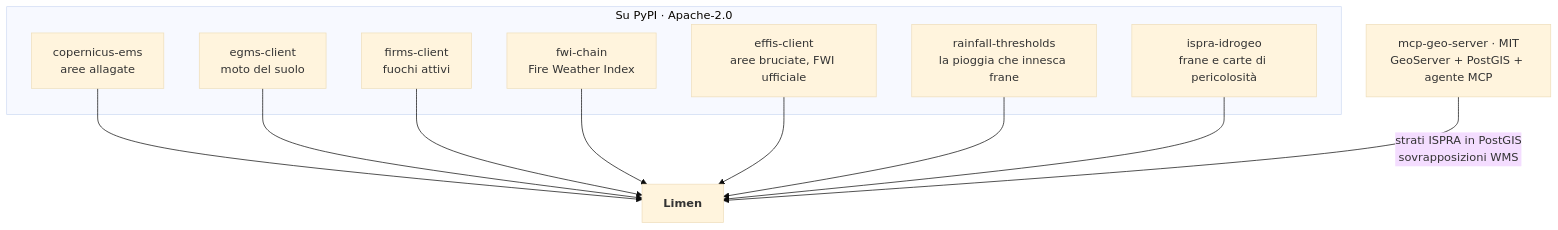
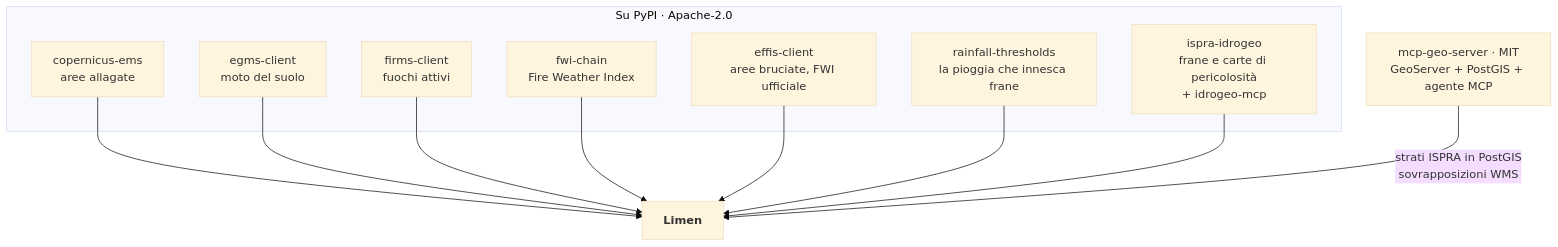
The fourth of 5 diagrams in README.it.md (agent-engineering-studio/limen), drawn with Mermaid (base theme) before and after one commit. The commit also changed other lines of this file and 7 other files, not shown here.

First line of the commit message:
docs(wiki): guida e integrazioni allineate al codice, ispra-idrogeo 0.5 nel README

````diff
--- a/README.it.md
+++ b/README.it.md
@@ -410,22 +410,22 @@
 ```mermaid
 flowchart TB
     subgraph PyPI["Su PyPI · Apache-2.0"]
         CEMS["copernicus-ems<br/>aree allagate"]
         EG["egms-client<br/>moto del suolo"]
         FC["firms-client<br/>fuochi attivi"]
-        ID["ispra-idrogeo<br/>frane e carte di pericolosità"]
+        ID["ispra-idrogeo<br/>frane e carte di pericolosità<br/>+ idrogeo-mcp"]
         FWI["fwi-chain<br/>Fire Weather Index"]
         EF["effis-client<br/>aree bruciate, FWI ufficiale"]
         RT["rainfall-thresholds<br/>la pioggia che innesca frane"]
     end
     MGS["mcp-geo-server · MIT<br/>GeoServer + PostGIS + agente MCP"]
     L["<b>Limen</b>"]
     CEMS --> L
     EG --> L
     FC --> L
     FWI --> L
     EF --> L
     RT --> L
     ID --> L
     MGS -- "strati ISPRA in PostGIS<br/>sovrapposizioni WMS" --> L
 ```
````
